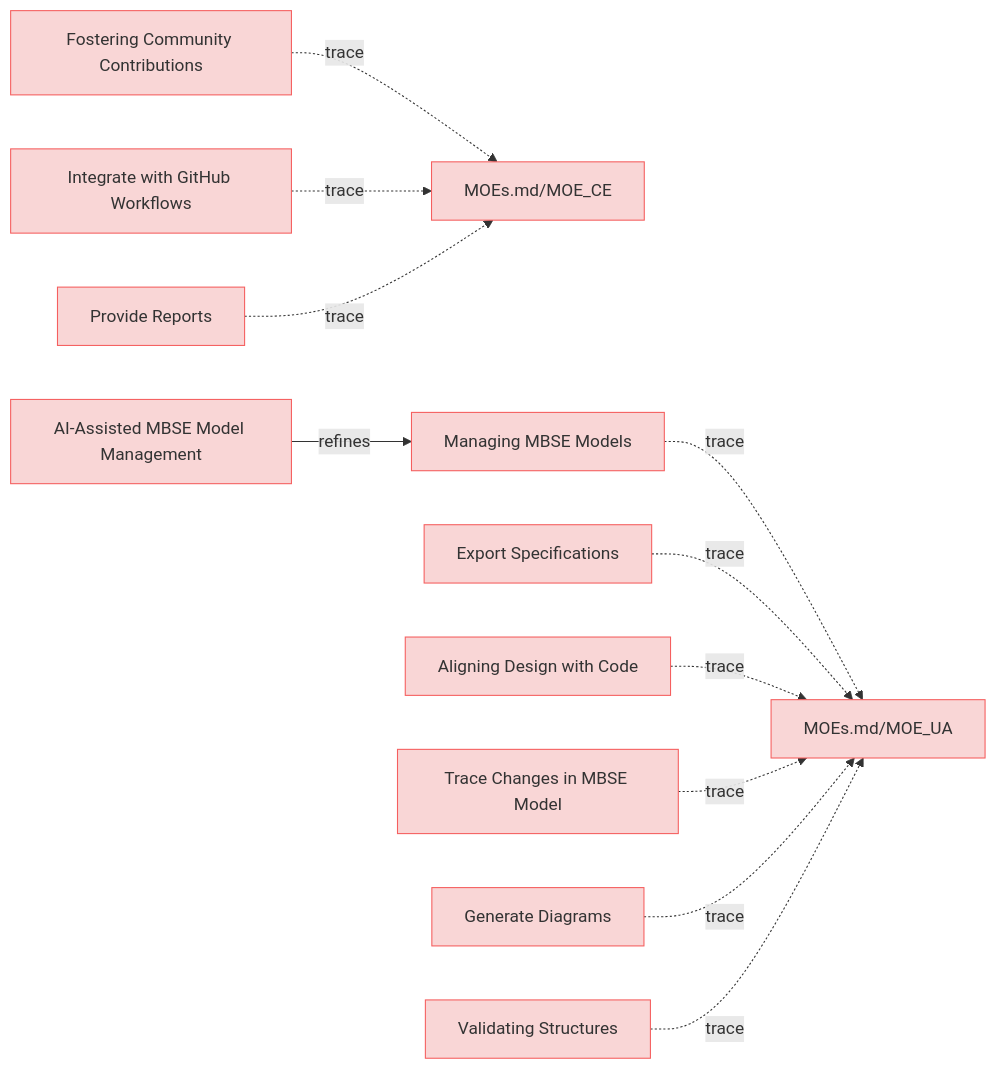
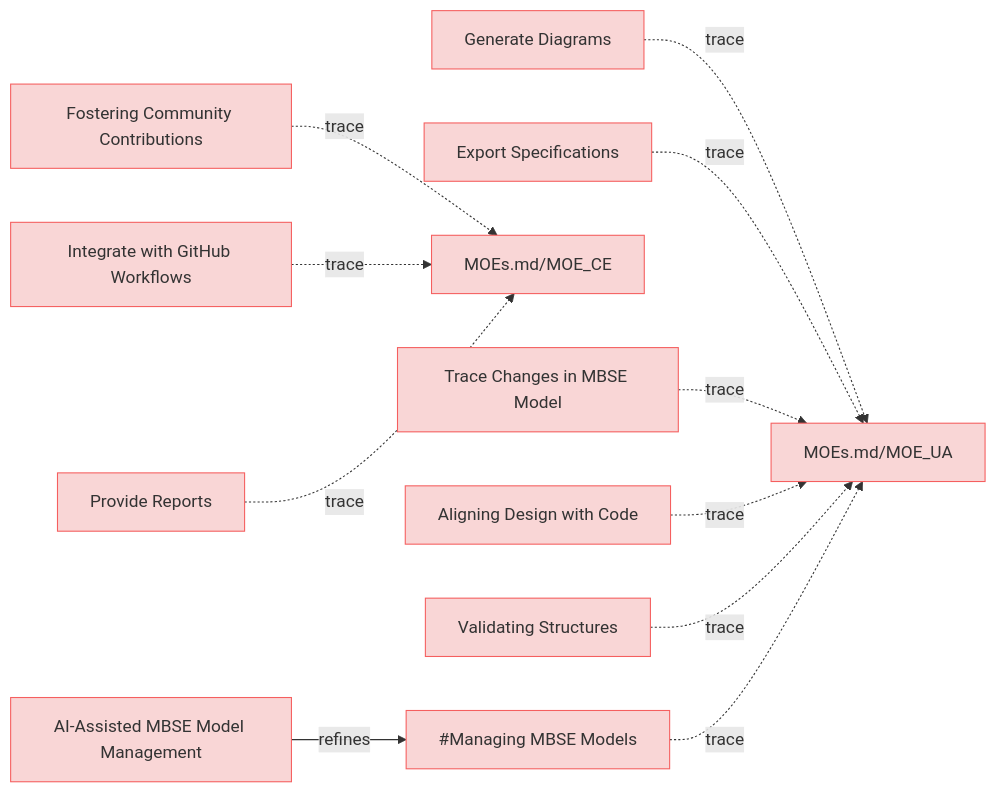
Before and after one commit to reqvire-org/reqvire: the diagram in specifications/UserStories.md, drawn with Mermaid. The commit also changed 72 other files, not shown here.

Commit message:
Major rework of the logic in reqvire. It uses git repository root as root folder and everything else is relative to it. External folders and specifications folder concept has been deprecated.

````diff
--- a/specifications/UserStories.md
+++ b/specifications/UserStories.md
@@ -12,55 +12,55 @@
 ```mermaid
 graph LR;
   %% Graph styling
   classDef requirement fill:#f9d6d6,stroke:#f55f5f,stroke-width:1px;
   classDef verification fill:#d6f9d6,stroke:#5fd75f,stroke-width:1px;
   classDef externalLink fill:#d0e0ff,stroke:#3080ff,stroke-width:1px;
   classDef default fill:#f5f5f5,stroke:#333333,stroke-width:1px;
 
+  694c4bb24b10f0c7["Generate Diagrams"];
+  click 694c4bb24b10f0c7 "UserStories.md#generate-diagrams";
+  class 694c4bb24b10f0c7 requirement;
+  6c33f565725d5e41["MOEs.md/MOE_UA"];
+  class 6c33f565725d5e41 requirement;
+  click 6c33f565725d5e41 "MOEs.md#moe_ua";
+  694c4bb24b10f0c7 -.->|trace| 6c33f565725d5e41;
+  3bb2096c4648e3ff["Export Specifications"];
+  click 3bb2096c4648e3ff "UserStories.md#export-specifications";
+  class 3bb2096c4648e3ff requirement;
+  3bb2096c4648e3ff -.->|trace| 6c33f565725d5e41;
   b7a255ea304a325e["Fostering Community Contributions"];
-  click b7a255ea304a325e "https://github.com/Reqvire/reqvire/blob/ad88ba6b828e94c93382866fefd058c011c1ac60/specifications/UserStories.md#fostering-community-contributions";
+  click b7a255ea304a325e "UserStories.md#fostering-community-contributions";
   class b7a255ea304a325e requirement;
   ac59f565725d5e41["MOEs.md/MOE_CE"];
   class ac59f565725d5e41 requirement;
-  click ac59f565725d5e41 "https://github.com/Reqvire/reqvire/blob/ad88ba6b828e94c93382866fefd058c011c1ac60/specifications/MOEs.md#moe_ce";
+  click ac59f565725d5e41 "MOEs.md#moe_ce";
   b7a255ea304a325e -.->|trace| ac59f565725d5e41;
-  c75ac8fa29479ca5["Managing MBSE Models"];
-  click c75ac8fa29479ca5 "https://github.com/Reqvire/reqvire/blob/ad88ba6b828e94c93382866fefd058c011c1ac60/specifications/UserStories.md#managing-mbse-models";
+  8fc677b7413bb247["AI-Assisted MBSE Model Management"];
+  click 8fc677b7413bb247 "UserStories.md#ai-assisted-mbse-model-management";
+  class 8fc677b7413bb247 requirement;
+  c75ac8fa29479ca5["#Managing MBSE Models"];
   class c75ac8fa29479ca5 requirement;
-  6c33f565725d5e41["MOEs.md/MOE_UA"];
-  class 6c33f565725d5e41 requirement;
-  click 6c33f565725d5e41 "https://github.com/Reqvire/reqvire/blob/ad88ba6b828e94c93382866fefd058c011c1ac60/specifications/MOEs.md#moe_ua";
-  c75ac8fa29479ca5 -.->|trace| 6c33f565725d5e41;
-  3bb2096c4648e3ff["Export Specifications"];
-  click 3bb2096c4648e3ff "https://github.com/Reqvire/reqvire/blob/ad88ba6b828e94c93382866fefd058c011c1ac60/specifications/UserStories.md#export-specifications";
-  class 3bb2096c4648e3ff requirement;
-  3bb2096c4648e3ff -.->|trace| 6c33f565725d5e41;
-  a9bc74070fc71e6d["Aligning Design with Code"];
-  click a9bc74070fc71e6d "https://github.com/Reqvire/reqvire/blob/ad88ba6b828e94c93382866fefd058c011c1ac60/specifications/UserStories.md#aligning-design-with-code";
-  class a9bc74070fc71e6d requirement;
-  a9bc74070fc71e6d -.->|trace| 6c33f565725d5e41;
+  click c75ac8fa29479ca5 "UserStories.md#managing-mbse-models";
+  8fc677b7413bb247 -->|refines| c75ac8fa29479ca5;
   1563f8454019c887["Integrate with GitHub Workflows"];
-  click 1563f8454019c887 "https://github.com/Reqvire/reqvire/blob/ad88ba6b828e94c93382866fefd058c011c1ac60/specifications/UserStories.md#integrate-with-github-workflows";
+  click 1563f8454019c887 "UserStories.md#integrate-with-github-workflows";
   class 1563f8454019c887 requirement;
   1563f8454019c887 -.->|trace| ac59f565725d5e41;
   2591b90e1fb90daa["Trace Changes in MBSE Model"];
-  click 2591b90e1fb90daa "https://github.com/Reqvire/reqvire/blob/ad88ba6b828e94c93382866fefd058c011c1ac60/specifications/UserStories.md#trace-changes-in-mbse-model";
+  click 2591b90e1fb90daa "UserStories.md#trace-changes-in-mbse-model";
   class 2591b90e1fb90daa requirement;
   2591b90e1fb90daa -.->|trace| 6c33f565725d5e41;
+  a9bc74070fc71e6d["Aligning Design with Code"];
+  click a9bc74070fc71e6d "UserStories.md#aligning-design-with-code";
+  class a9bc74070fc71e6d requirement;
+  a9bc74070fc71e6d -.->|trace| 6c33f565725d5e41;
+  a0f9571f6563d9d3["Validating Structures"];
+  click a0f9571f6563d9d3 "UserStories.md#validating-structures";
+  class a0f9571f6563d9d3 requirement;
+  a0f9571f6563d9d3 -.->|trace| 6c33f565725d5e41;
   9cb6618c17d19a11["Provide Reports"];
-  click 9cb6618c17d19a11 "https://github.com/Reqvire/reqvire/blob/ad88ba6b828e94c93382866fefd058c011c1ac60/specifications/UserStories.md#provide-reports";
+  click 9cb6618c17d19a11 "UserStories.md#provide-reports";
   class 9cb6618c17d19a11 requirement;
   9cb6618c17d19a11 -.->|trace| ac59f565725d5e41;
-  694c4bb24b10f0c7["Generate Diagrams"];
-  click 694c4bb24b10f0c7 "https://github.com/Reqvire/reqvire/blob/ad88ba6b828e94c93382866fefd058c011c1ac60/specifications/UserStories.md#generate-diagrams";
-  class 694c4bb24b10f0c7 requirement;
-  694c4bb24b10f0c7 -.->|trace| 6c33f565725d5e41;
-  8fc677b7413bb247["AI-Assisted MBSE Model Management"];
-  click 8fc677b7413bb247 "https://github.com/Reqvire/reqvire/blob/ad88ba6b828e94c93382866fefd058c011c1ac60/specifications/UserStories.md#ai-assisted-mbse-model-management";
-  class 8fc677b7413bb247 requirement;
-  8fc677b7413bb247 -->|refines| c75ac8fa29479ca5;
-  a0f9571f6563d9d3["Validating Structures"];
-  click a0f9571f6563d9d3 "https://github.com/Reqvire/reqvire/blob/ad88ba6b828e94c93382866fefd058c011c1ac60/specifications/UserStories.md#validating-structures";
-  class a0f9571f6563d9d3 requirement;
-  a0f9571f6563d9d3 -.->|trace| 6c33f565725d5e41;
+  c75ac8fa29479ca5 -.->|trace| 6c33f565725d5e41;
 ```
````
